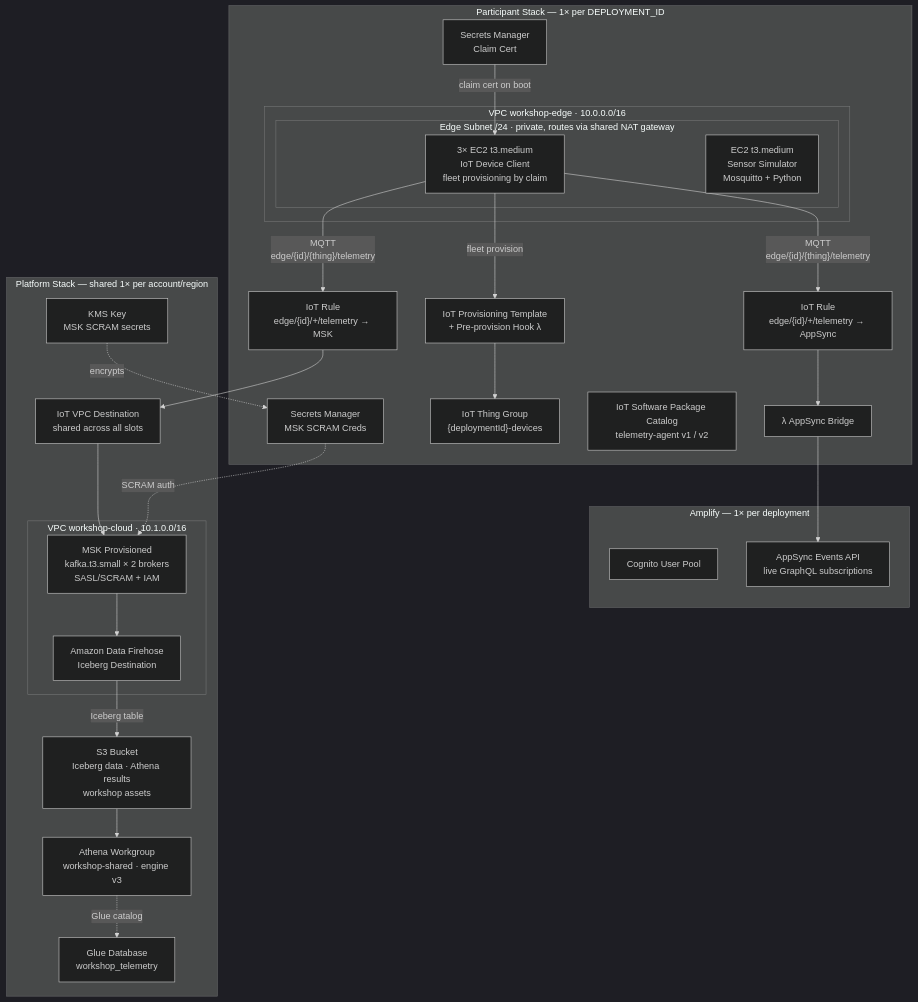
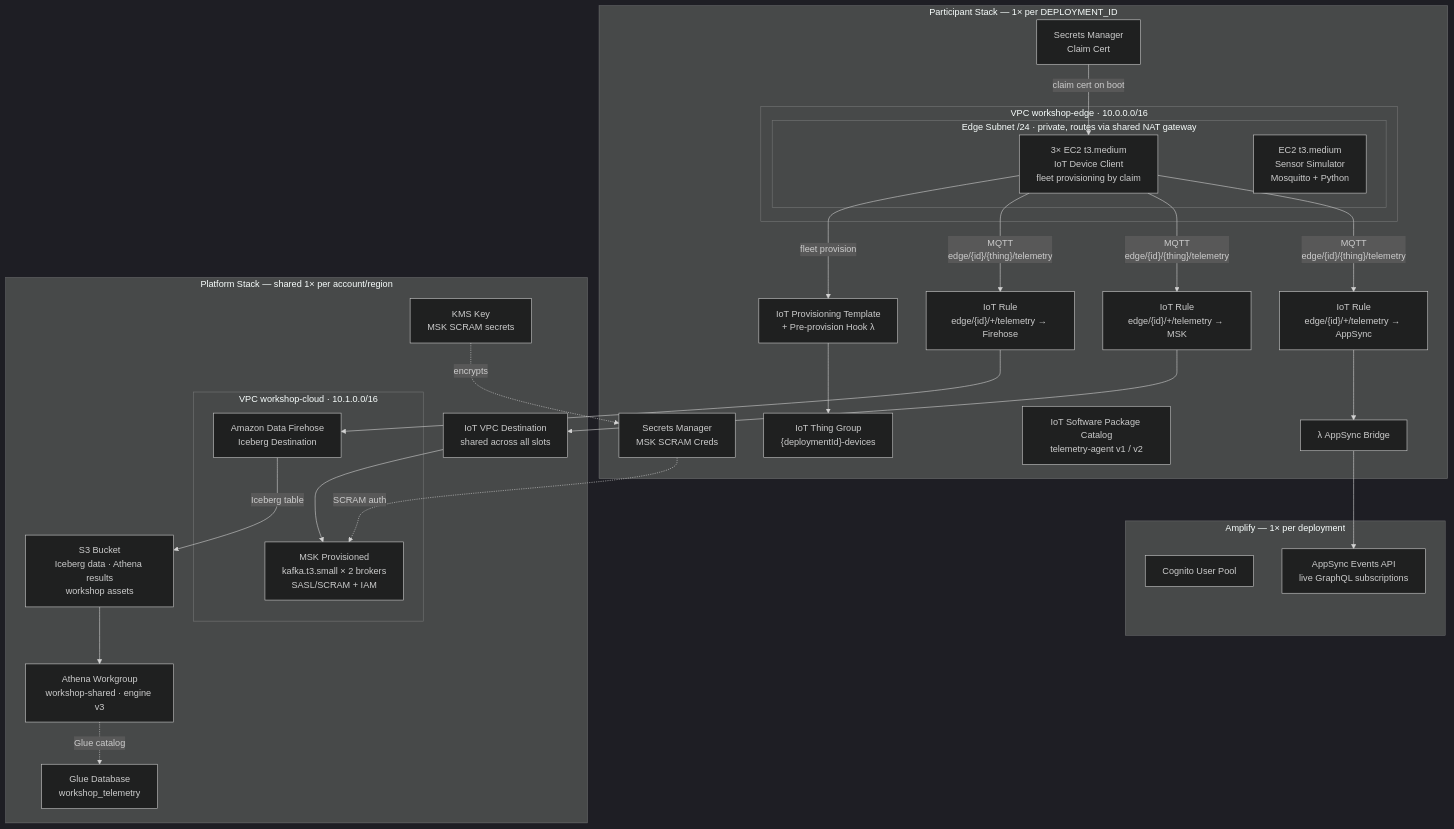
The diagram in workshop/00-prerequisites/index.md (aws-samples/sample-edge-to-cloud-digital-ops-workshop), drawn with Mermaid (dark theme) before and after one commit. The commit also changed 12 other files, not shown here.

````diff
--- a/workshop/00-prerequisites/index.md
+++ b/workshop/00-prerequisites/index.md
@@ -18,49 +18,52 @@
 ```mermaid
 flowchart TB
     subgraph participant["Participant Stack — 1× per DEPLOYMENT_ID"]
         subgraph edge_vpc["VPC workshop-edge · 10.0.0.0/16"]
             subgraph edge_subnet["Edge Subnet /24 · private, routes via shared NAT gateway"]
                 devices["3× EC2 t3.medium\nIoT Device Client\nfleet provisioning by claim"]
                 sim["EC2 t3.medium\nSensor Simulator\nMosquitto + Python"]
             end
         end
         claim_secret["Secrets Manager\nClaim Cert"]
         msk_secret["Secrets Manager\nMSK SCRAM Creds"]
         iot_template["IoT Provisioning Template\n+ Pre-provision Hook λ"]
         iot_group["IoT Thing Group\n{deploymentId}-devices"]
         iot_pkg["IoT Software Package Catalog\ntelemetry-agent v1 / v2"]
         rule_appsync["IoT Rule\nedge/{id}/+/telemetry → AppSync"]
         rule_msk["IoT Rule\nedge/{id}/+/telemetry → MSK"]
+        rule_firehose["IoT Rule\nedge/{id}/+/telemetry → Firehose"]
         bridge_fn["λ AppSync Bridge"]
     end
 
     subgraph amplify["Amplify — 1× per deployment"]
         cognito["Cognito User Pool"]
         appsync["AppSync Events API\nlive GraphQL subscriptions"]
     end
 
     subgraph platform["Platform Stack — shared 1× per account/region"]
         subgraph cloud_vpc["VPC workshop-cloud · 10.1.0.0/16"]
             msk["MSK Provisioned\nkafka.t3.small × 2 brokers\nSASL/SCRAM + IAM"]
             firehose["Amazon Data Firehose\nIceberg Destination"]
         end
         iot_vpc_dest["IoT VPC Destination\nshared across all slots"]
         s3["S3 Bucket\nIceberg data · Athena results\nworkshop assets"]
         glue["Glue Database\nworkshop_telemetry"]
         athena["Athena Workgroup\nworkshop-shared · engine v3"]
         kms["KMS Key\nMSK SCRAM secrets"]
     end
 
     claim_secret -->|"claim cert on boot"| devices
     devices -->|"MQTT\nedge/{id}/{thing}/telemetry"| rule_appsync
     devices -->|"MQTT\nedge/{id}/{thing}/telemetry"| rule_msk
+    devices -->|"MQTT\nedge/{id}/{thing}/telemetry"| rule_firehose
     devices -->|"fleet provision"| iot_template
     iot_template --> iot_group
     rule_appsync --> bridge_fn --> appsync
-    rule_msk --> iot_vpc_dest --> msk --> firehose
+    rule_msk --> iot_vpc_dest --> msk
+    rule_firehose --> firehose
     firehose -->|"Iceberg table"| s3
     s3 --> athena
     athena -.->|"Glue catalog"| glue
     kms -.->|"encrypts"| msk_secret
     msk_secret -.->|"SCRAM auth"| msk
 ```
````
